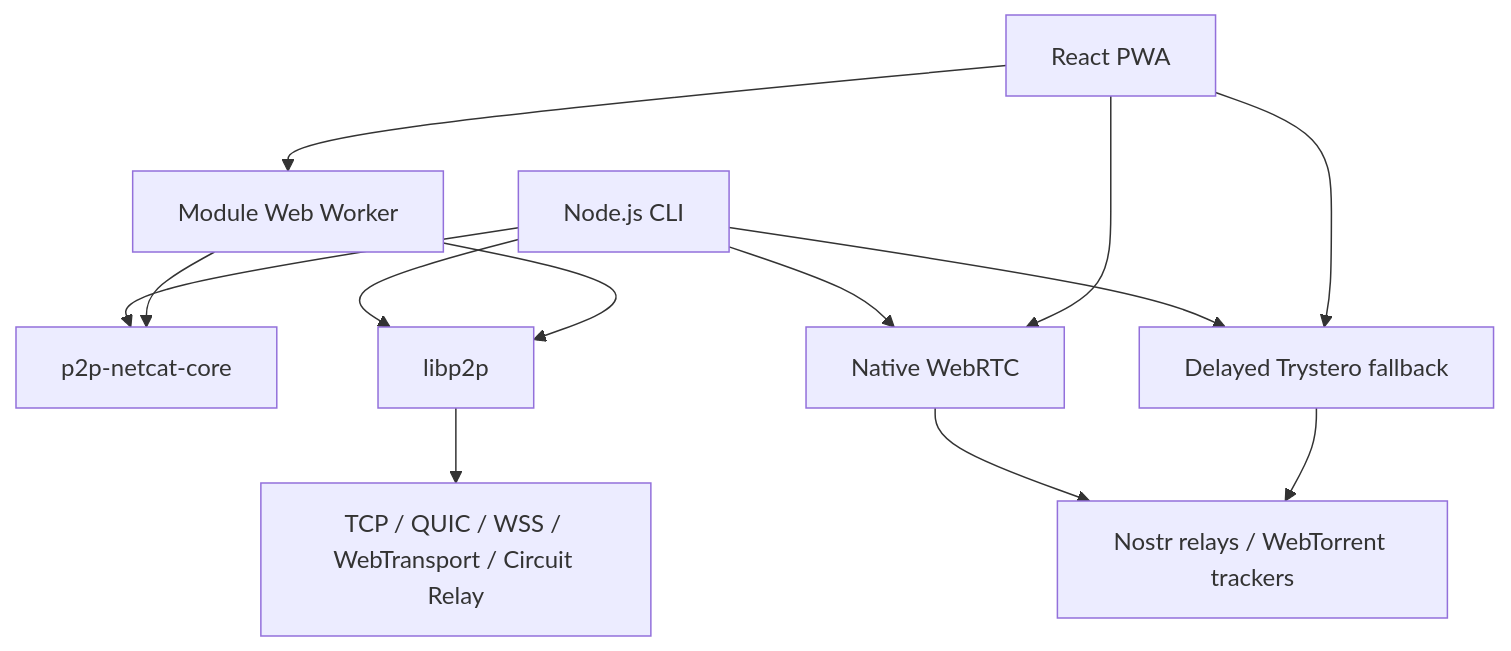
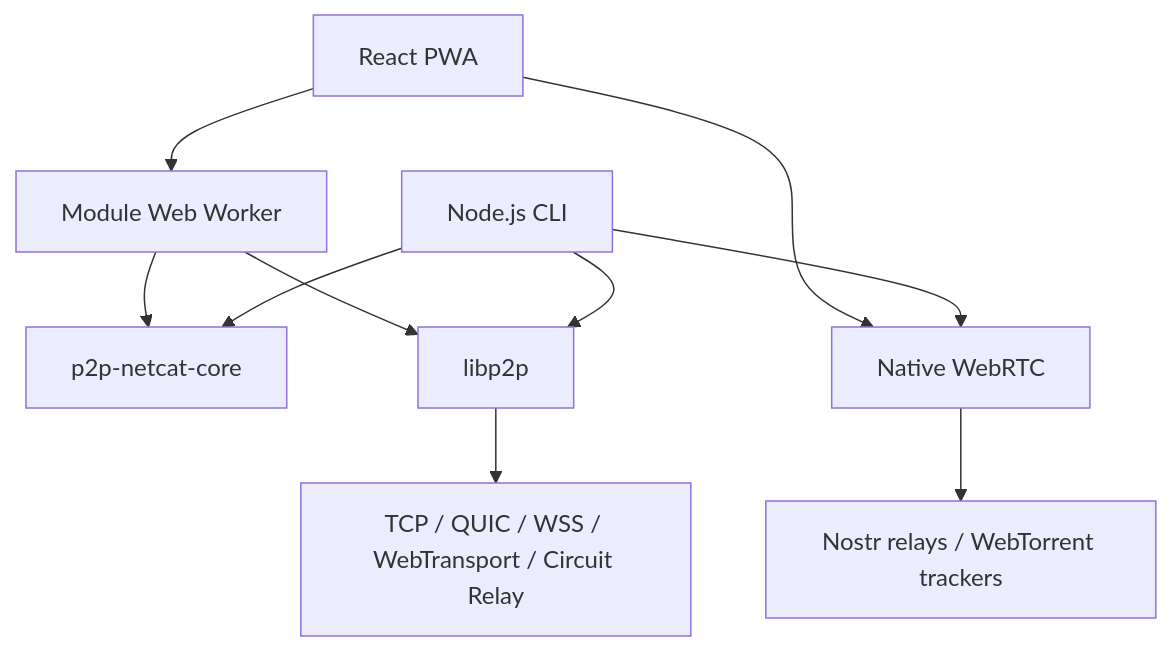
The diagram in docs/PROJECT_CONTEXT.md (santaklouse/p2p-netcat), drawn with Mermaid before and after one commit. The commit also changed other lines of this file and 36 other files, not shown here.

First line of the commit message:
Remove Trystero fallback and cleanup

````diff
--- a/docs/PROJECT_CONTEXT.md
+++ b/docs/PROJECT_CONTEXT.md
@@ -145,25 +143,21 @@
 ```mermaid
 flowchart TB
     CLI["Node.js CLI"]
     WEB["React PWA"]
     WORKER["Module Web Worker"]
     CORE["p2p-netcat-core"]
     LIBP2P["libp2p"]
     NATIVE["Native WebRTC"]
-    LEGACY["Delayed Trystero fallback"]
     NET["TCP / QUIC / WSS / WebTransport / Circuit Relay"]
     SIGNAL["Nostr relays / WebTorrent trackers"]
 
     CLI --> CORE
     CLI --> LIBP2P
     CLI --> NATIVE
-    CLI --> LEGACY
     WEB --> WORKER
     WEB --> NATIVE
-    WEB --> LEGACY
     WORKER --> CORE
     WORKER --> LIBP2P
     LIBP2P --> NET
     NATIVE --> SIGNAL
-    LEGACY --> SIGNAL
 ```
````
